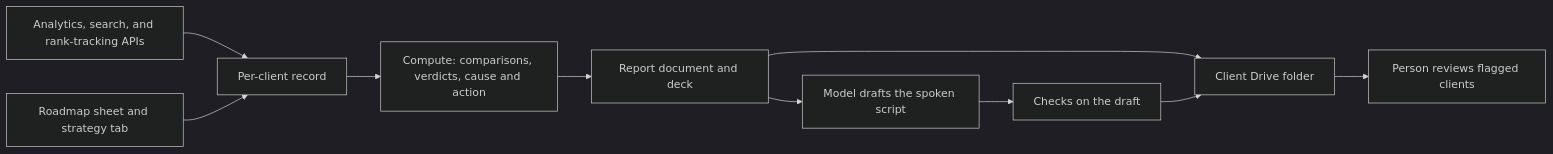
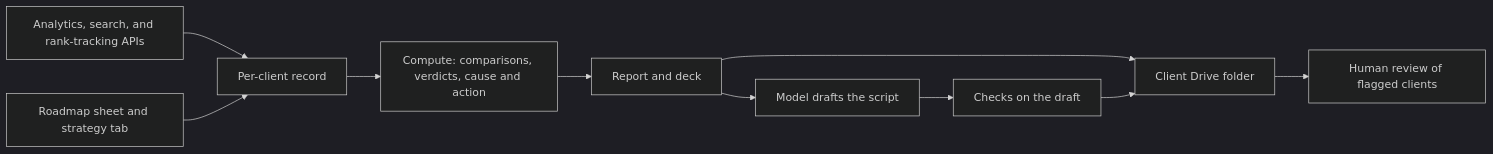
One commit to btweedy2879/engineering-write-ups changed the diagram in reporting-pipeline.md. Above: the diagram before and after it, drawn with Mermaid (dark theme). The commit also changed other lines of this file and 1 other file, not shown here.

````diff
--- a/reporting-pipeline.md
+++ b/reporting-pipeline.md
@@ -21,12 +21,12 @@
 ```mermaid
 flowchart LR
     A[Analytics, search, and rank-tracking APIs] --> B[Per-client record]
     S[Roadmap sheet and strategy tab] --> B
     B --> C[Compute: comparisons, verdicts, cause and action]
-    C --> D[Report document and deck]
-    D --> E[Model drafts the spoken script]
+    C --> D[Report and deck]
+    D --> E[Model drafts the script]
     E --> F[Checks on the draft]
     D --> G[Client Drive folder]
     F --> G
-    G --> H[Person reviews flagged clients]
+    G --> H[Human review of flagged clients]
 ```
````
